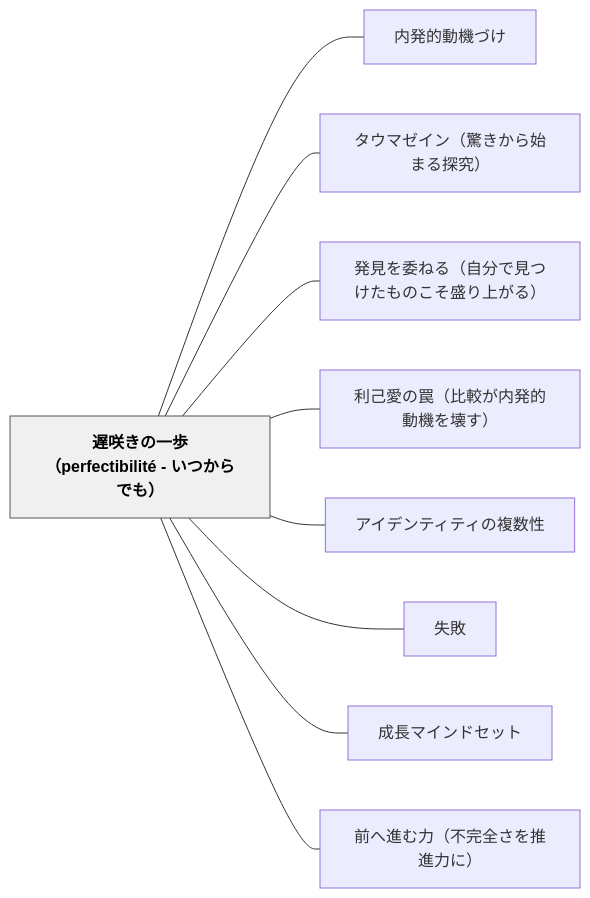
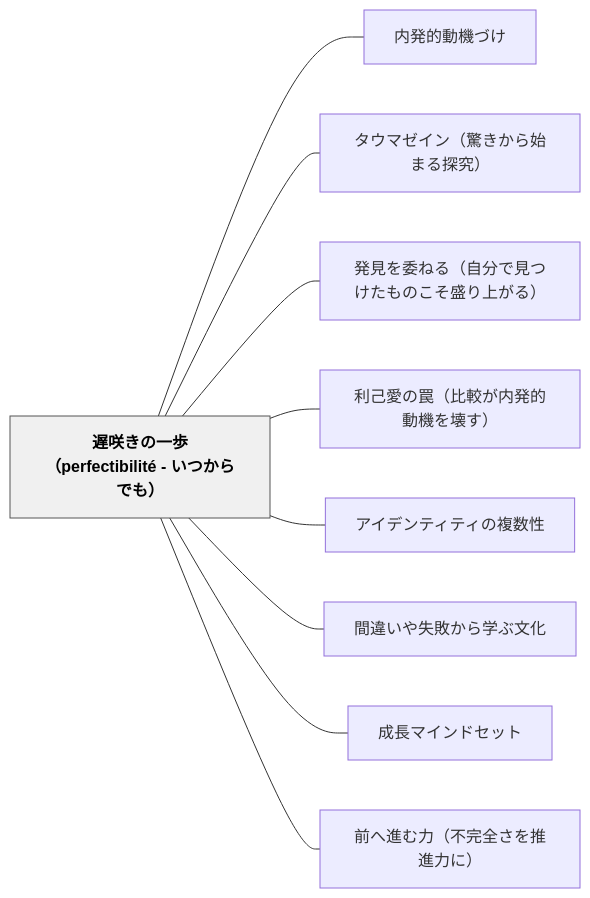
The diagram in content/パタン/遅咲きの一歩（perfectibilité - いつからでも）.md (unknownthings-ed-patterns/unknownthings-ed-patterns), drawn with Mermaid before and after one commit. The commit also changed other lines of this file and 32 other files, not shown here.

````diff
--- a/content/パタン/遅咲きの一歩（perfectibilité - いつからでも）.md
+++ b/content/パタン/遅咲きの一歩（perfectibilité - いつからでも）.md
@@ -155,24 +155,24 @@
 ```mermaid
 flowchart LR
     ne98185e592b2e3818de381aee4b880e6ada9efbc88706572666563746962696c6974c3a9202d20e38184e381a4e3818be38289e381a7e38282efbc89["遅咲きの一歩（perfectibilité - いつからでも）"]
     ne58685e799bae79a84e58b95e6a99fe381a5e38191["内発的動機づけ"]
     ne382bfe382a6e3839ee382bce382a4e383b3efbc88e9a99ae3818de3818be38289e5a78be381bee3828be68ea2e7a9b6efbc89["タウマゼイン（驚きから始まる探究）"]
     ne799bae8a68be38292e5a794e381ade3828befbc88e887aae58886e381a7e8a68be381a4e38191e3819fe38282e381aee38193e3819de79b9be3828ae4b88ae3818ce3828befbc89["発見を委ねる（自分で見つけたものこそ盛り上がる）"]
     ne588a9e5b7b1e6849be381aee7bda0efbc88e6af94e8bc83e3818ce58685e799bae79a84e58b95e6a99fe38292e5a38ae38199efbc89["利己愛の罠（比較が内発的動機を壊す）"]
     ne382a2e382a4e38387e383b3e38386e382a3e38386e382a3e381aee8a487e695b0e680a7["アイデンティティの複数性"]
-    ne5a4b1e69597["失敗"]
+    ne99693e98195e38184e38284e5a4b1e69597e3818be38289e5ada6e381b6e69687e58c96["間違いや失敗から学ぶ文化"]
     ne68890e995b7e3839ee382a4e383b3e38389e382bbe38383e38388["成長マインドセット"]
     ne5898de381b8e980b2e38280e58a9befbc88e4b88de5ae8ce585a8e38195e38292e68ea8e980b2e58a9be381abefbc89["前へ進む力（不完全さを推進力に）"]
 
     ne98185e592b2e3818de381aee4b880e6ada9efbc88706572666563746962696c6974c3a9202d20e38184e381a4e3818be38289e381a7e38282efbc89 --- ne58685e799bae79a84e58b95e6a99fe381a5e38191
     ne98185e592b2e3818de381aee4b880e6ada9efbc88706572666563746962696c6974c3a9202d20e38184e381a4e3818be38289e381a7e38282efbc89 --- ne382bfe382a6e3839ee382bce382a4e383b3efbc88e9a99ae3818de3818be38289e5a78be381bee3828be68ea2e7a9b6efbc89
     ne98185e592b2e3818de381aee4b880e6ada9efbc88706572666563746962696c6974c3a9202d20e38184e381a4e3818be38289e381a7e38282efbc89 --- ne799bae8a68be38292e5a794e381ade3828befbc88e887aae58886e381a7e8a68be381a4e38191e3819fe38282e381aee38193e3819de79b9be3828ae4b88ae3818ce3828befbc89
     ne98185e592b2e3818de381aee4b880e6ada9efbc88706572666563746962696c6974c3a9202d20e38184e381a4e3818be38289e381a7e38282efbc89 --- ne588a9e5b7b1e6849be381aee7bda0efbc88e6af94e8bc83e3818ce58685e799bae79a84e58b95e6a99fe38292e5a38ae38199efbc89
     ne98185e592b2e3818de381aee4b880e6ada9efbc88706572666563746962696c6974c3a9202d20e38184e381a4e3818be38289e381a7e38282efbc89 --- ne382a2e382a4e38387e383b3e38386e382a3e38386e382a3e381aee8a487e695b0e680a7
-    ne98185e592b2e3818de381aee4b880e6ada9efbc88706572666563746962696c6974c3a9202d20e38184e381a4e3818be38289e381a7e38282efbc89 --- ne5a4b1e69597
+    ne98185e592b2e3818de381aee4b880e6ada9efbc88706572666563746962696c6974c3a9202d20e38184e381a4e3818be38289e381a7e38282efbc89 --- ne99693e98195e38184e38284e5a4b1e69597e3818be38289e5ada6e381b6e69687e58c96
     ne98185e592b2e3818de381aee4b880e6ada9efbc88706572666563746962696c6974c3a9202d20e38184e381a4e3818be38289e381a7e38282efbc89 --- ne68890e995b7e3839ee382a4e383b3e38389e382bbe38383e38388
     ne98185e592b2e3818de381aee4b880e6ada9efbc88706572666563746962696c6974c3a9202d20e38184e381a4e3818be38289e381a7e38282efbc89 --- ne5898de381b8e980b2e38280e58a9befbc88e4b88de5ae8ce585a8e38195e38292e68ea8e980b2e58a9be381abefbc89
 
     classDef hub fill:#f0f0f0,stroke:#555,color:#000,font-weight:bold
     class ne98185e592b2e3818de381aee4b880e6ada9efbc88706572666563746962696c6974c3a9202d20e38184e381a4e3818be38289e381a7e38282efbc89 hub
 ```
````
